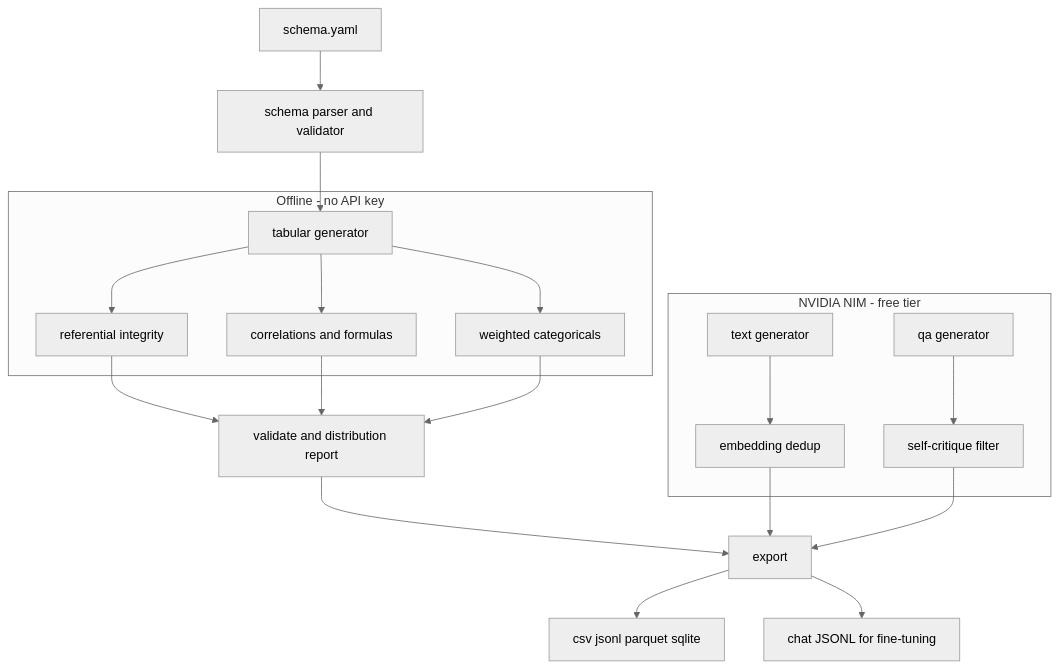
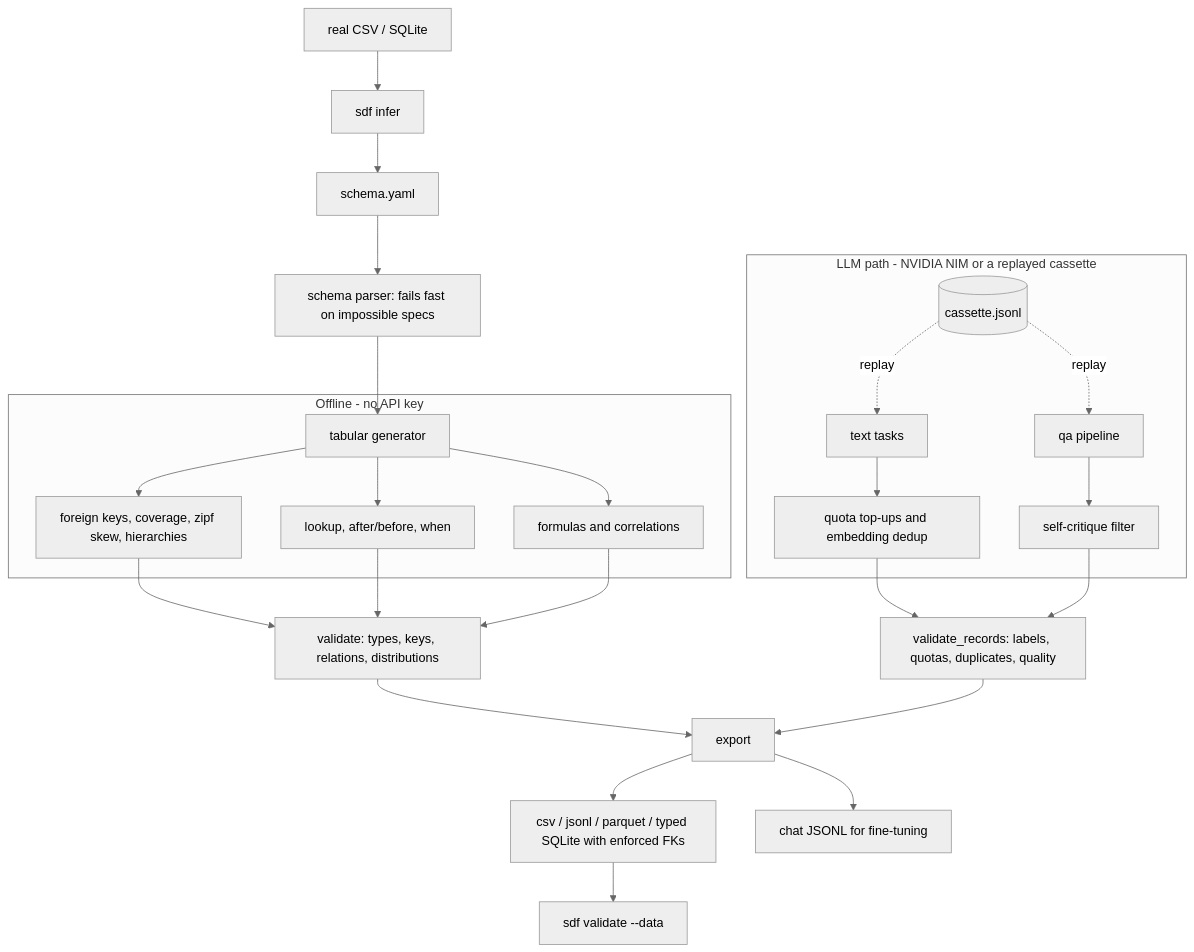
Before and after one commit to AleBrito124356/synthetic-data-factory: the diagram in README.md, drawn with Mermaid (neutral theme). The commit also changed other lines of this file and 2 other files, not shown here.

````diff
--- a/README.md
+++ b/README.md
@@ -29,26 +30,32 @@
 ```mermaid
 flowchart TD
-    Y[schema.yaml] --> P[schema parser and validator]
+    REAL[real CSV / SQLite] --> INF[sdf infer]
+    INF --> Y
+    Y[schema.yaml] --> P[schema parser: fails fast on impossible specs]
     P --> G[tabular generator]
 
     subgraph offline [Offline - no API key]
-        G --> FK[referential integrity]
-        G --> CO[correlations and formulas]
-        G --> CAT[weighted categoricals]
+        G --> FK[foreign keys, coverage, zipf skew, hierarchies]
+        G --> REL[lookup, after/before, when]
+        G --> CO[formulas and correlations]
     end
 
-    subgraph nim [NVIDIA NIM - free tier]
-        T[text generator] --> DD[embedding dedup]
-        Q[qa generator] --> CR[self-critique filter]
+    subgraph llm [LLM path - NVIDIA NIM or a replayed cassette]
+        T[text tasks] --> QU[quota top-ups and embedding dedup]
+        Q[qa pipeline] --> CR[self-critique filter]
+        CAS[(cassette.jsonl)] -. replay .-> T
+        CAS -. replay .-> Q
     end
 
-    FK --> V[validate and distribution report]
+    FK --> V[validate: types, keys, relations, distributions]
+    REL --> V
     CO --> V
-    CAT --> V
+    QU --> VR[validate_records: labels, quotas, duplicates, quality]
+    CR --> VR
     V --> X[export]
-    DD --> X
-    CR --> X
+    VR --> X
 
-    X --> CSV[csv jsonl parquet sqlite]
+    X --> FILES[csv / jsonl / parquet / typed SQLite with enforced FKs]
     X --> CHAT[chat JSONL for fine-tuning]
+    FILES --> VD[sdf validate --data]
 ```
````
